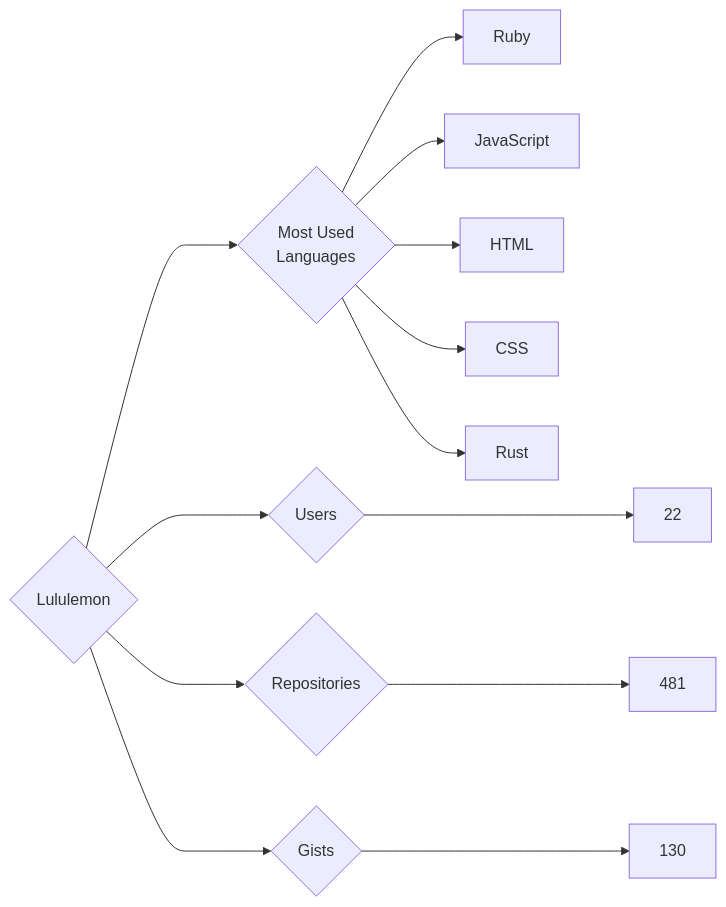
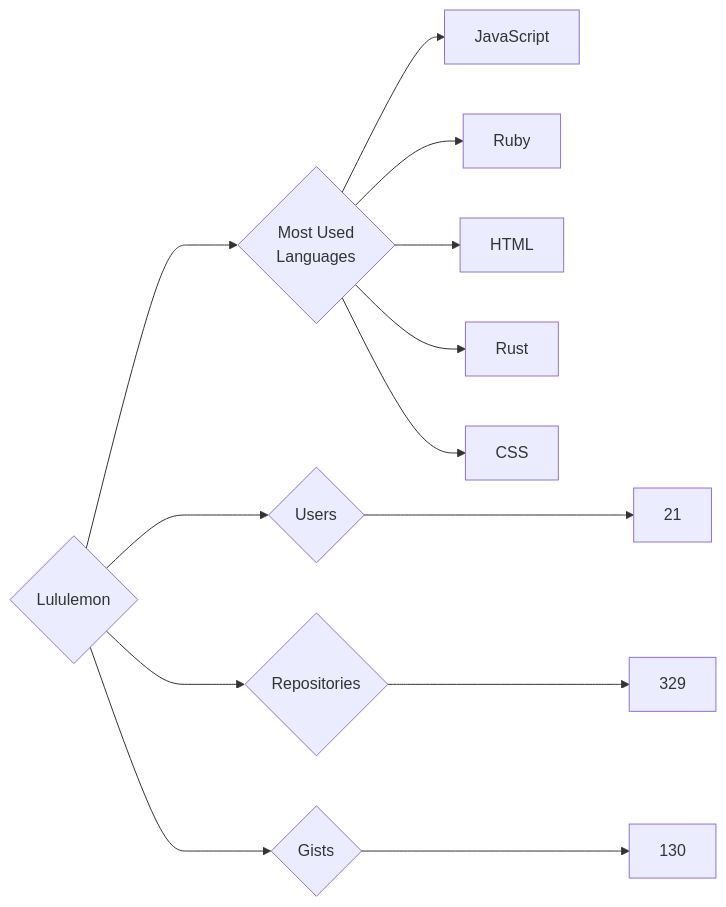
The diagram in targets/Lululemon/README.md (trickest/insiders), drawn with Mermaid before and after one commit. The commit also changed 748 other files, not shown here.

````diff
--- a/targets/Lululemon/README.md
+++ b/targets/Lululemon/README.md
@@ -3,13 +3,13 @@
 ```mermaid
 graph LR
 COMPANY_NAME{Lululemon}
-COMPANY_NAME ---> U{Users} ---> UN[22]
-COMPANY_NAME ---> R{Repositories} ---> RN[481]
+COMPANY_NAME ---> U{Users} ---> UN[21]
+COMPANY_NAME ---> R{Repositories} ---> RN[329]
 COMPANY_NAME ---> G{Gists} ---> GN[130]
 COMPANY_NAME ---> ML{Most Used<br>Languages}
+ML --> JavaScript[JavaScript]
 ML --> Ruby[Ruby]
-ML --> JavaScript[JavaScript]
 ML --> HTML[HTML]
+ML --> Rust[Rust]
 ML --> CSS[CSS]
-ML --> Rust[Rust]
 ```
````
